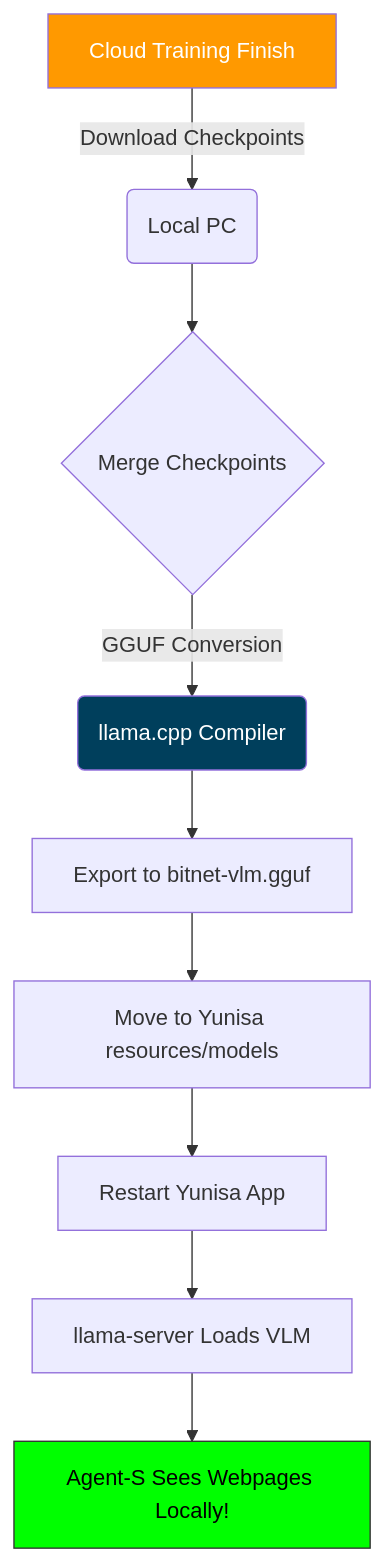
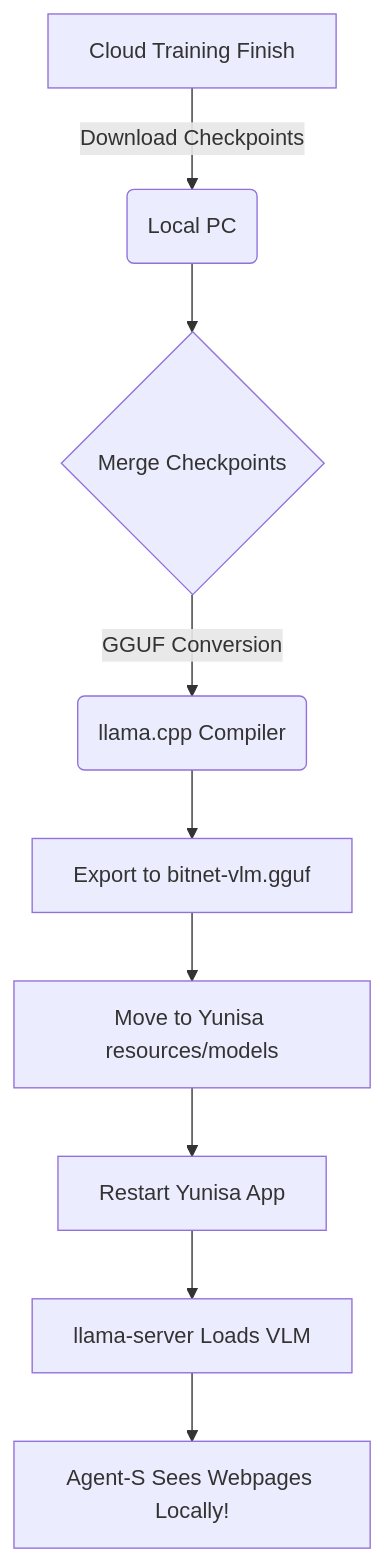
The third of 3 diagrams in vlm_research/MIND_MAP.md (Mavioni/Yunisa), drawn with Mermaid before and after one commit. The commit also changed 1 other file, not shown here.

Commit message:
Remove hardcoded styling from mermaid diagrams

````diff
--- a/vlm_research/MIND_MAP.md
+++ b/vlm_research/MIND_MAP.md
@@ -63,17 +63,13 @@
 ```mermaid
 flowchart TD
     A[Cloud Training Finish] -->|Download Checkpoints| B(Local PC)
     B --> C{Merge Checkpoints}
     C -->|GGUF Conversion| D(llama.cpp Compiler)
     
     D --> E[Export to bitnet-vlm.gguf]
     E --> F[Move to Yunisa resources/models]
     
     F --> G[Restart Yunisa App]
     G --> H[llama-server Loads VLM]
     H --> I[Agent-S Sees Webpages Locally!]
-    
-    style A fill:#ff9900,color:#fff
-    style D fill:#003f5c,color:#fff
-    style I fill:#00ff00,stroke:#333,color:#000
 ```
````
